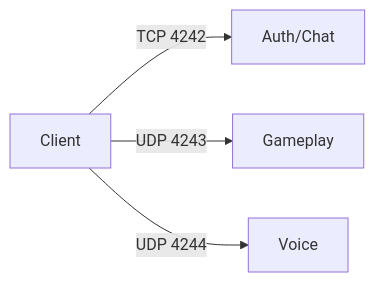
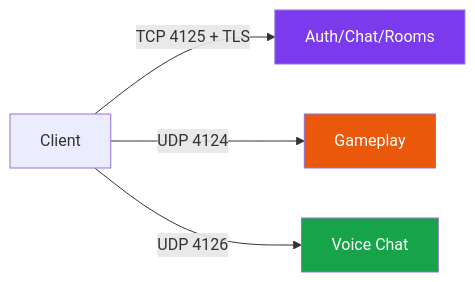
The second of 3 diagrams in docs/developpement/architecture.md (ChrisG-L/rtype), drawn with Mermaid before and after one commit. The commit also changed other lines of this file and 10 other files, not shown here.

````diff
--- a/docs/developpement/architecture.md
+++ b/docs/developpement/architecture.md
@@ -114,6 +135,10 @@
 ```mermaid
 flowchart LR
-    Client -->|TCP 4242| Auth[Auth/Chat]
-    Client -->|UDP 4243| Game[Gameplay]
-    Client -->|UDP 4244| Voice[Voice]
+    Client -->|TCP 4125 + TLS| Auth[Auth/Chat/Rooms]
+    Client -->|UDP 4124| Game[Gameplay]
+    Client -->|UDP 4126| Voice[Voice Chat]
+
+    style Auth fill:#7c3aed,color:#fff
+    style Game fill:#ea580c,color:#fff
+    style Voice fill:#16a34a,color:#fff
 ```
````
